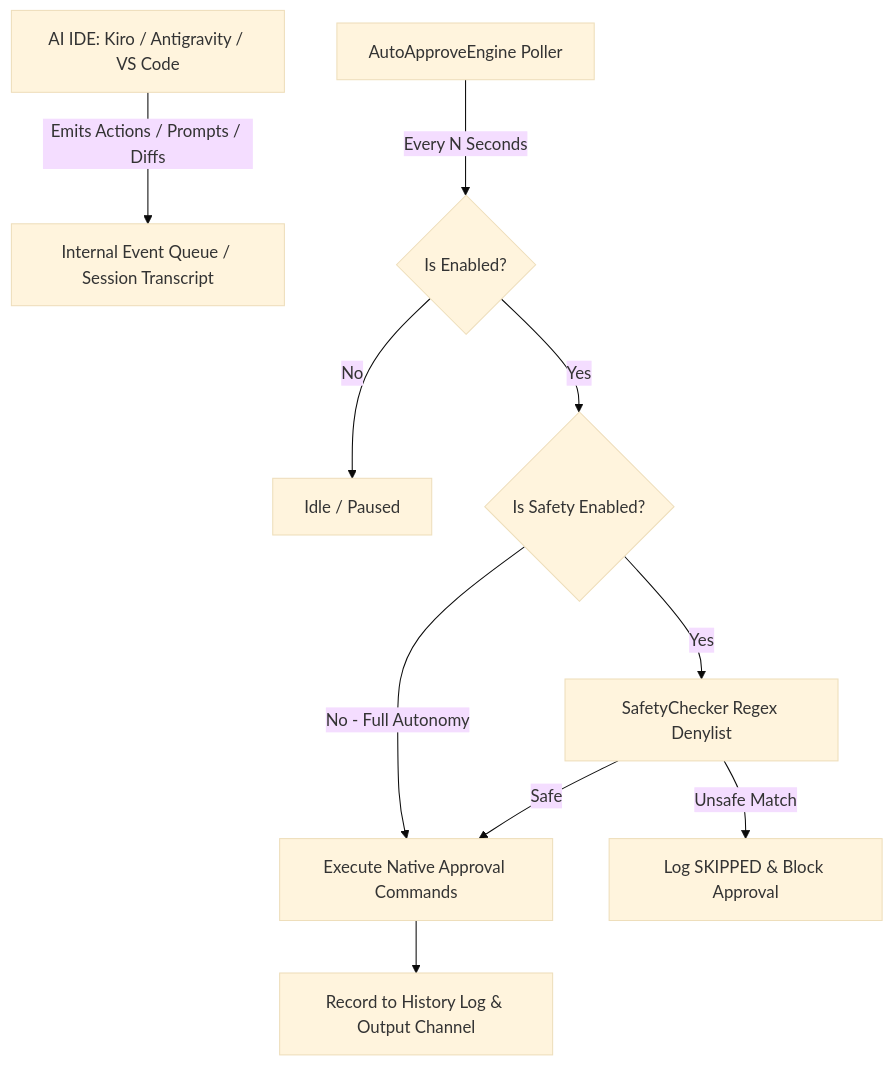
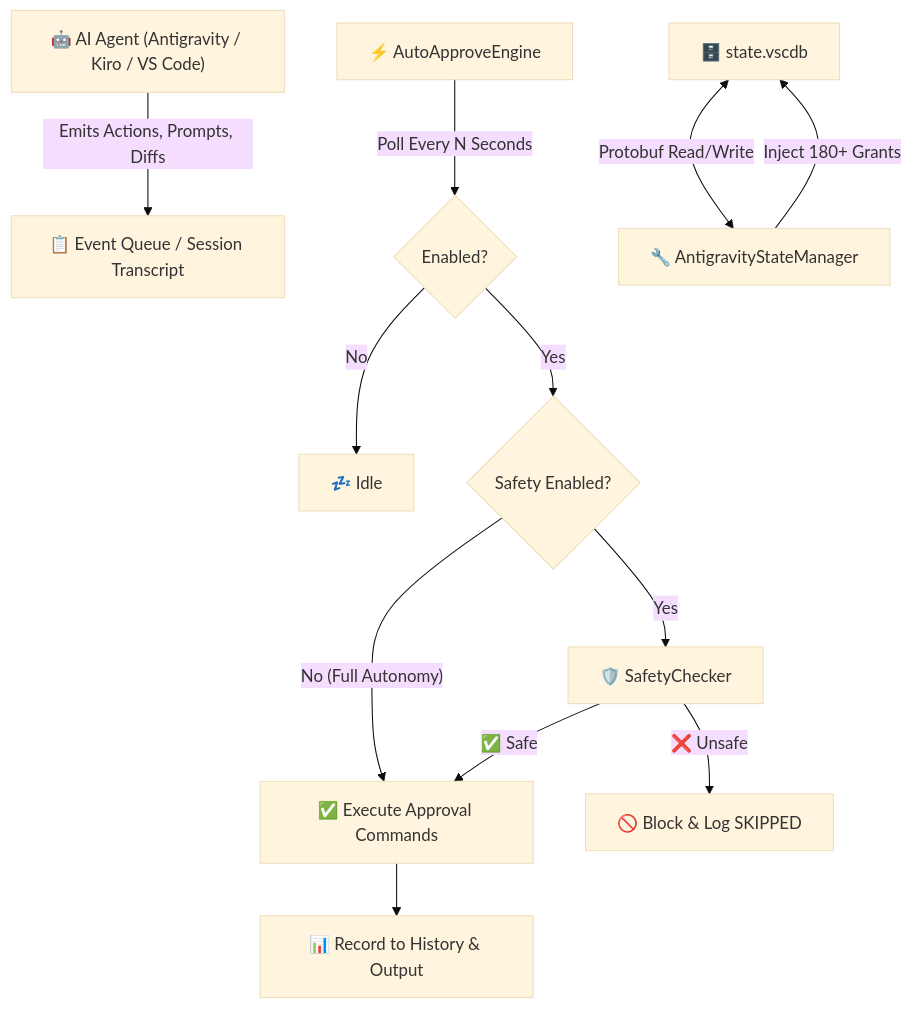
Before and after one commit to MaheshTechnicals/AI-IDE-Auto-Approve-Extension: the diagram in README.md, drawn with Mermaid (base theme). The commit also changed other lines of this file, not shown here.

Commit message:
docs: Premium README rewrite - modern badges, HTML tables, collapsible categories, enhanced architecture

````diff
--- a/README.md
+++ b/README.md
@@ -175,12 +262,15 @@
 ```mermaid
 flowchart TD
-    A[AI IDE: Kiro / Antigravity / VS Code] -->|Emits Actions / Prompts / Diffs| B[Internal Event Queue / Session Transcript]
-    C[AutoApproveEngine Poller] -->|Every N Seconds| D{Is Enabled?}
-    D -- No --> E[Idle / Paused]
-    D -- Yes --> F{Is Safety Enabled?}
-    F -- No - Full Autonomy --> G[Execute Native Approval Commands]
-    F -- Yes --> H[SafetyChecker Regex Denylist]
-    H -- Unsafe Match --> I[Log SKIPPED & Block Approval]
-    H -- Safe --> G
-    G --> J[Record to History Log & Output Channel]
+    A["🤖 AI Agent (Antigravity / Kiro / VS Code)"] -->|"Emits Actions, Prompts, Diffs"| B["📋 Event Queue / Session Transcript"]
+    C["⚡ AutoApproveEngine"] -->|"Poll Every N Seconds"| D{"Enabled?"}
+    D -- No --> E["💤 Idle"]
+    D -- Yes --> F{"Safety Enabled?"}
+    F -- "No (Full Autonomy)" --> G["✅ Execute Approval Commands"]
+    F -- Yes --> H["🛡️ SafetyChecker"]
+    H -- "❌ Unsafe" --> I["🚫 Block & Log SKIPPED"]
+    H -- "✅ Safe" --> G
+    G --> J["📊 Record to History & Output"]
+    
+    K["🗄️ state.vscdb"] <-->|"Protobuf Read/Write"| L["🔧 AntigravityStateManager"]
+    L -->|"Inject 180+ Grants"| K
 ```
````
